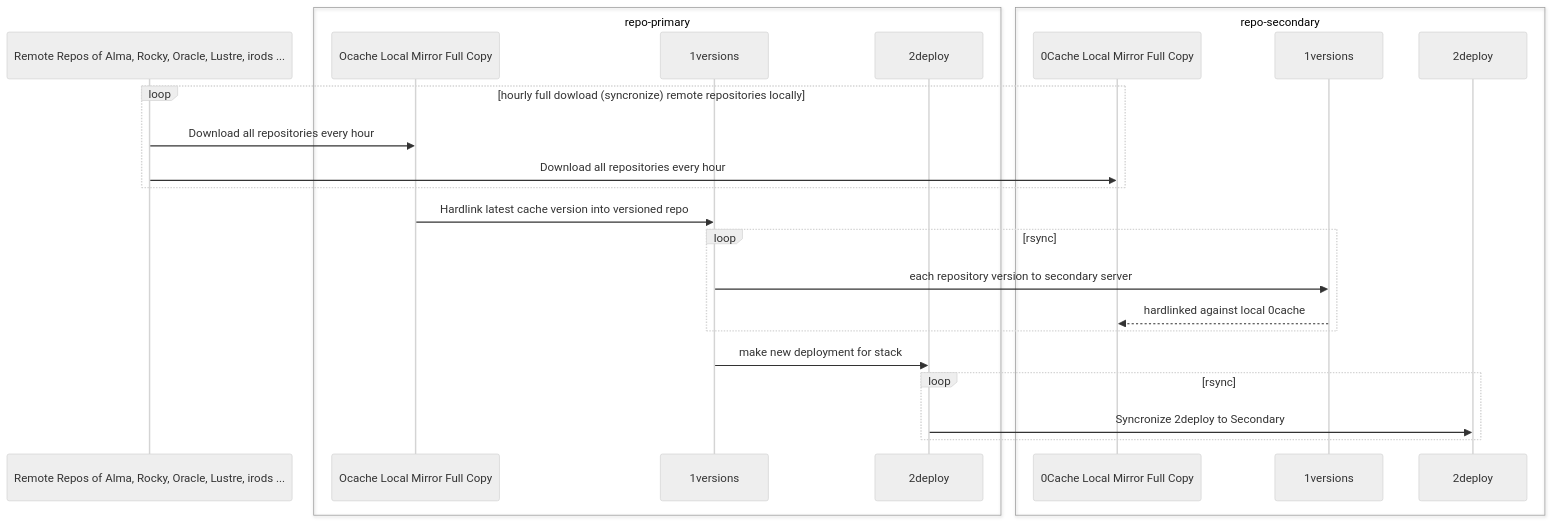
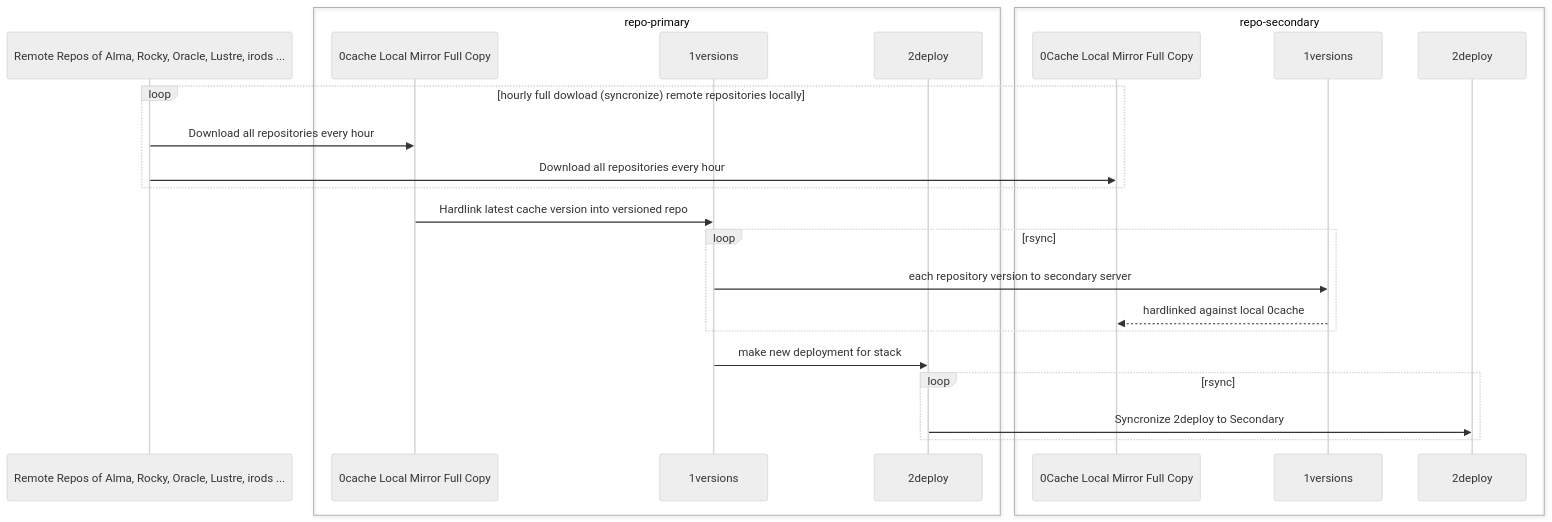
The diagram in roles/repo_mirror/README.md (molgenis/league-of-robots), drawn with Mermaid (neutral theme) before and after one commit. The commit also changed other lines of this file, not shown here.

Commit message:
repo_mirror: updated README

````diff
--- a/roles/repo_mirror/README.md
+++ b/roles/repo_mirror/README.md
@@ -161,38 +185,38 @@
 ```mermaid
 sequenceDiagram
     participant Remote as Remote Repos of Alma, Rocky, Oracle, Lustre, irods ...
     box transparent repo-primary
-        participant P0cache as  Ocache Local Mirror Full Copy
+        participant P0cache as 0cache Local Mirror Full Copy
         participant P1versions as 1versions
         participant P2deploy as 2deploy
     end
     box transparent repo-secondary
-        participant S0cache as  0Cache Local Mirror Full Copy
+        participant S0cache as 0Cache Local Mirror Full Copy
         participant S1versions as 1versions
         participant S2deploy as 2deploy
     end
 
-    loop hourly full dowload  (syncronize) remote repositories locally
+    loop hourly full dowload (syncronize) remote repositories locally
         Remote ->> P0cache: Download all repositories every hour
         Remote ->> S0cache: Download all repositories every hour
     end
     %%Note right of API: Validate items,<br/>charge payment
     %%par Notify kitchen
     %%    API->>Kitchen: New order ticket
     %%and Confirm to customer
     %%    API-->>App: Order accepted, ETA 30 min
     %%end
     P0cache ->>P1versions: Hardlink latest cache version into versioned repo
     %%API->>Admin: Request pickup
 
     loop rsync
         P1versions ->> S1versions: each repository version to secondary server
         S1versions -->> S0cache: hardlinked against local 0cache
 
     end
     P1versions ->> P2deploy: make new deployment for stack
     loop rsync
         P2deploy ->> S2deploy: Syncronize 2deploy to Secondary
     end
 
 ```
````
